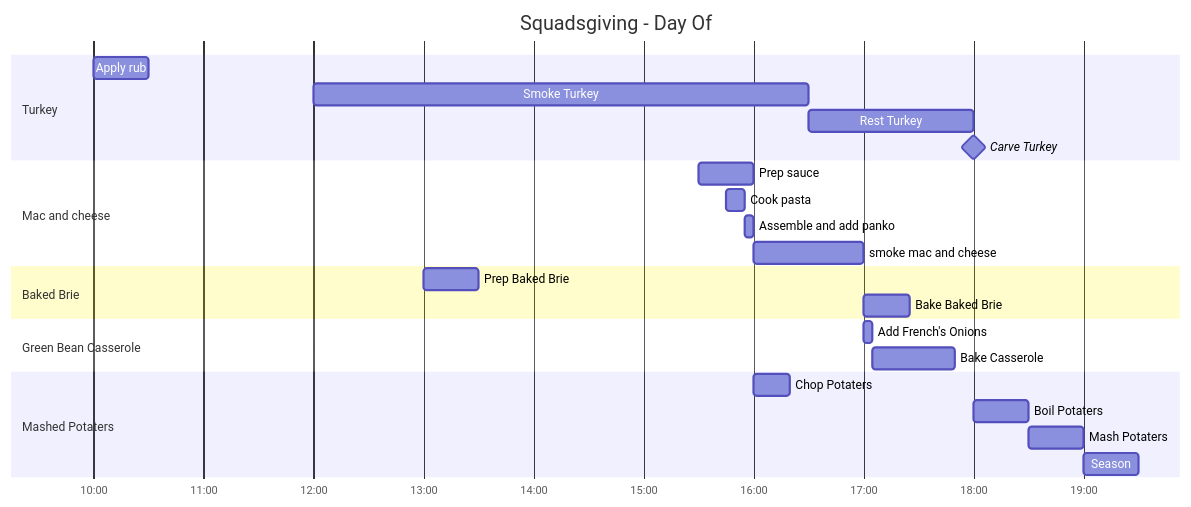
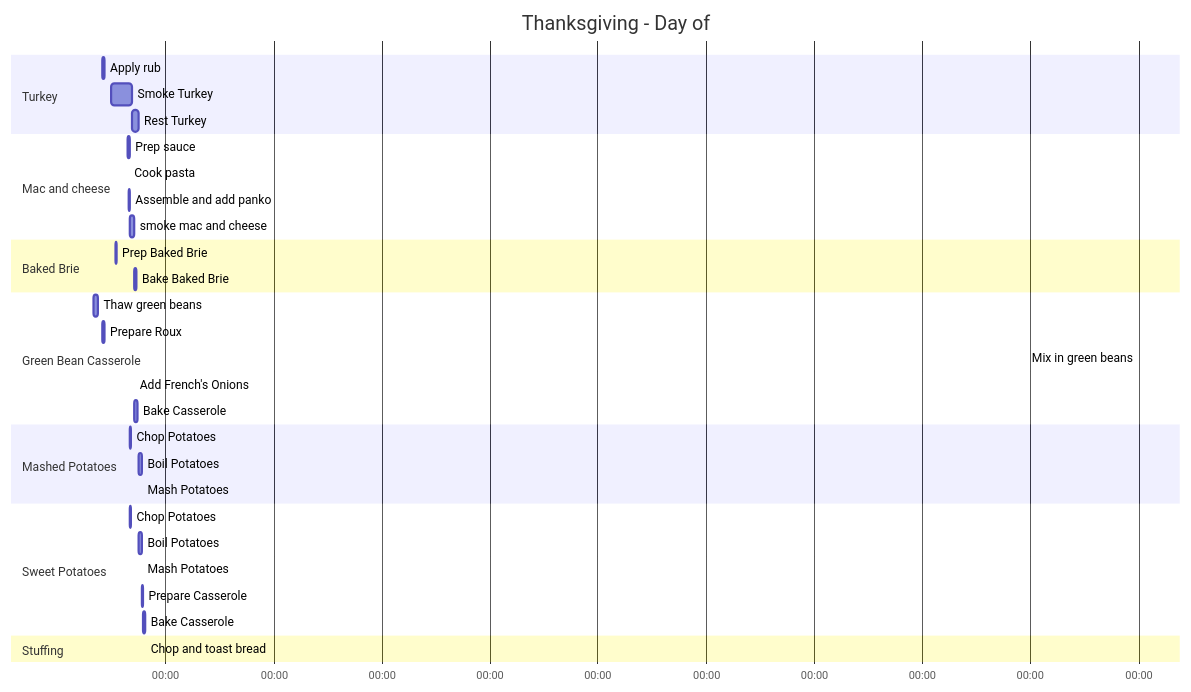
One commit to markmichael/personal_website changed the second of 3 diagrams in posts/2025-11-29-thanksgiving_gantt/index.qmd. Above: the diagram before and after it, drawn with Mermaid. The commit also changed other lines of this file and 127 other files, not shown here.

Commit message:
WIP thanksgiving gantt

````diff
--- a/posts/2025-11-29-thanksgiving_gantt/index.qmd
+++ b/posts/2025-11-29-thanksgiving_gantt/index.qmd
@@ -24,32 +31,43 @@
 ```{mermaid}
 gantt
-  title Squadsgiving - Day Of
-  dateFormat YYYY-MM-DD HH:mm
+  title Thanksgiving - Day of
+  dateFormat HH:mm
   axisFormat %H:%M
   
   section Turkey
-    Apply rub: t5, 2024-11-16 10:00, 30m
-    Smoke Turkey: t7, 2024-11-16 12:00, 4.5h
-    Rest Turkey: t8, 2024-11-16 16:30, 1.5h
-    Carve Turkey :milestone, m2, 2024-11-16 18:00, 0d
+    Apply rub: t5, 2025-11-27 10:00, 30m
+    Smoke Turkey: t7, 2025-11-27 12:00, 4.5h
+    Rest Turkey: t8, 2025-11-27 16:30, 1.5h
 
   section Mac and cheese
-    Prep sauce: t9, 2024-11-16 15:30, 30m
-    Cook pasta: t10, 2024-11-16 15:45, 10m
-    Assemble and add panko: t11, 2024-11-16 15:55, 5m
-    smoke mac and cheese: t12, 2024-11-16 16:00, 1h
+    Prep sauce: t9, 2025-11-27 15:30, 30m
+    Cook pasta: t10, 2025-11-27 15:45, 10m
+    Assemble and add panko: t11, 2025-11-27 15:55, 5m
+    smoke mac and cheese: t12, 2025-11-27 16:00, 1h
   
   section Baked Brie
-    Prep Baked Brie: t13, 2024-11-16 13:00, 30m
-    Bake Baked Brie: t14, 2024-11-16 17:00, 25m
+    Prep Baked Brie: t13, 2025-11-27 13:00, 10m
+    Bake Baked Brie: t14, 2025-11-27 17:00, 25m
 
   section Green Bean Casserole
-    Add French's Onions: t17, 2024-11-16 17:00, 5m
+    Thaw green beans: t17c, 2025-11-27 08:00, 1h
+    Prepare Roux: t17a, 2025-11-27 10:00, 20m
+    Mix in green beans: t17b, after Prepare Roux, 7m
+    Add French's Onions: t17, 2025-11-27 17:00, 5m
     Bake Casserole: t18, after t17, 45m
 
-  section Mashed Potaters
-    Chop Potaters: t19, 2024-11-16 16:00, 20m
-    Boil Potaters: t20, 2024-11-16 18:00, 30m
-    Mash Potaters: t21, 2024-11-16 18:30, 30m
-    Season: t22, 2024-11-16 19:00, 30m 
+  section Mashed Potatoes
+    Chop Potatoes: t19, 2025-11-27 16:00, 15m
+    Boil Potatoes: t20, 2025-11-27 18:00, 40m
+    Mash Potatoes: t21, 2025-11-27 18:40, 10m
+
+  section Sweet Potatoes
+    Chop Potatoes: t19, 2025-11-27 16:00, 15m
+    Boil Potatoes: t20, 2025-11-27 18:00, 40m
+    Mash Potatoes: t21, 2025-11-27 18:40, 10m
+    Prepare Casserole: t22, 2025-11-27 18:50, 10m
+    Bake Casserole: t23, 2025-11-27 19:00, 30m
+
+  section Stuffing
+    Chop and toast bread: 
 ```
````
